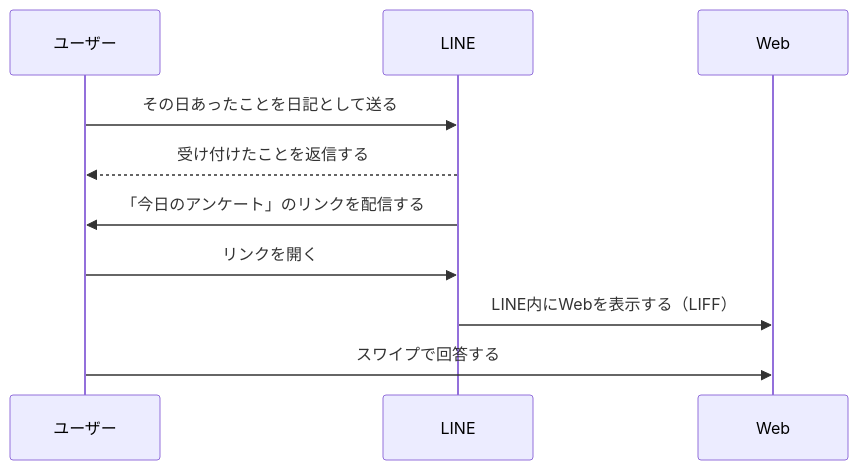
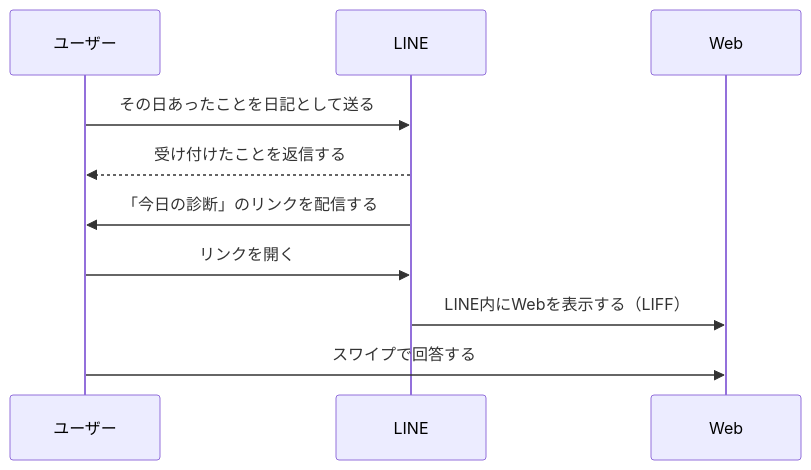
One commit to kkyosuke/me-builder changed the second of 3 diagrams in docs/product/project-overview.md. Above: the diagram before and after it, drawn with Mermaid. The commit also changed other lines of this file and 202 other files, not shown here.

````diff
--- a/docs/product/project-overview.md
+++ b/docs/product/project-overview.md
@@ -109,12 +109,12 @@
 ```mermaid
 sequenceDiagram
     participant U as ユーザー
     participant L as LINE
     participant W as Web
     U->>L: その日あったことを日記として送る
     L-->>U: 受け付けたことを返信する
-    L->>U: 「今日のアンケート」のリンクを配信する
+    L->>U: 「今日の診断」のリンクを配信する
     U->>L: リンクを開く
     L->>W: LINE内にWebを表示する（LIFF）
     U->>W: スワイプで回答する
 ```
````
